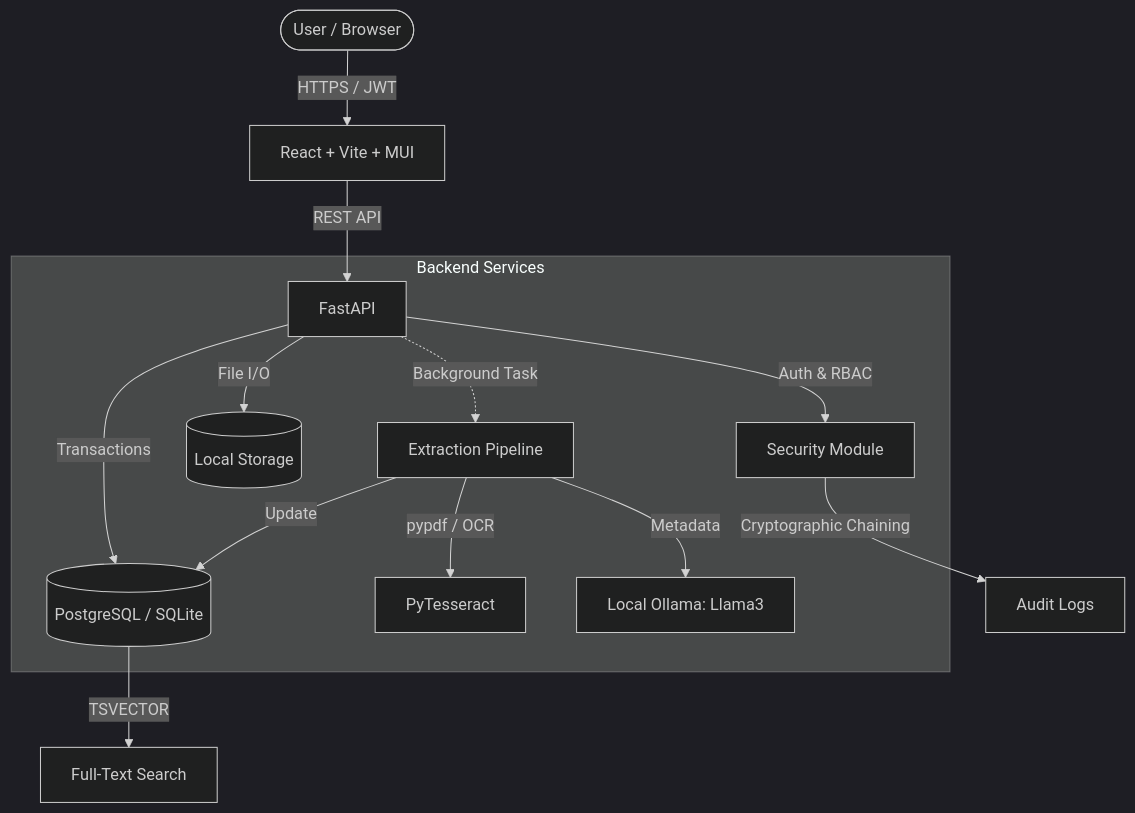
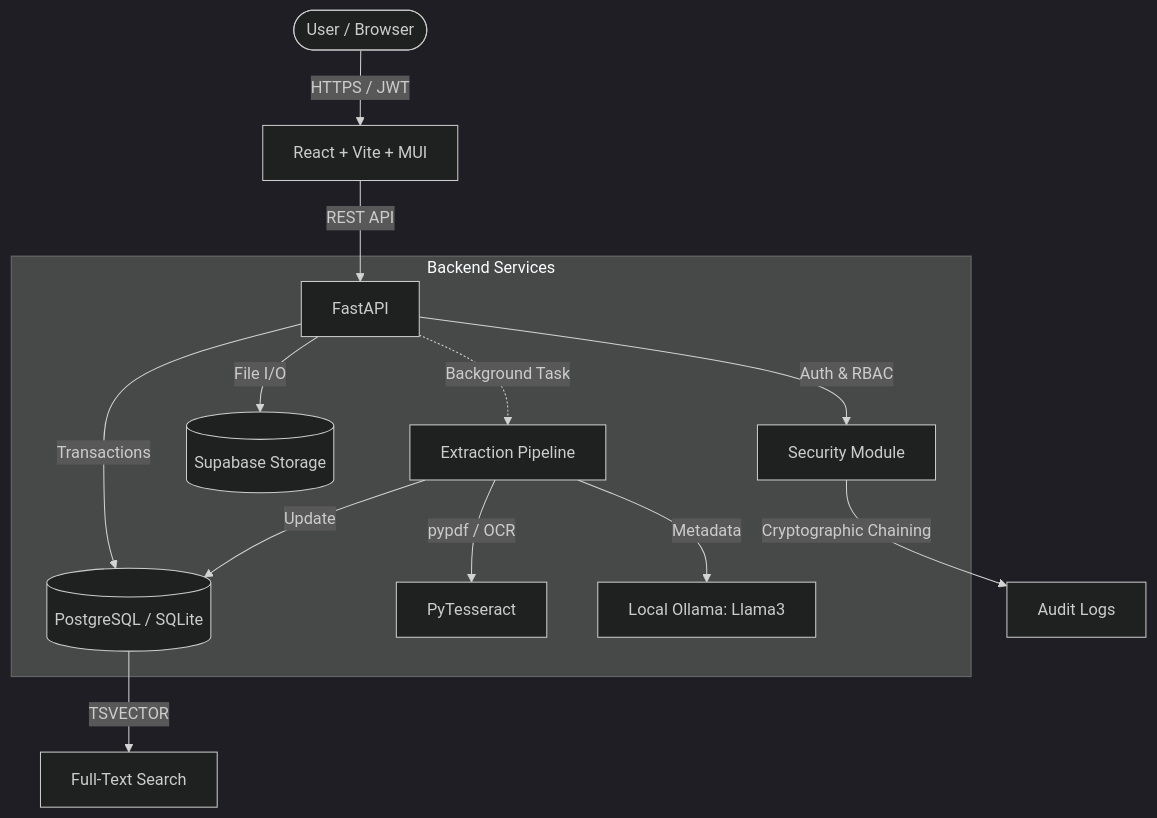
The third of 3 diagrams in README.md (Prabhanshu2025B0384/SDMS), drawn with Mermaid (dark theme) before and after one commit. The commit also changed other lines of this file, not shown here.

````diff
--- a/README.md
+++ b/README.md
@@ -162,19 +168,19 @@
 ```mermaid
 graph TD
     User([User / Browser]) -->|HTTPS / JWT| Frontend[React + Vite + MUI]
     Frontend -->|REST API| Backend[FastAPI]
     
     subgraph Backend Services
         Backend -->|Auth & RBAC| Auth[Security Module]
         Backend -->|Transactions| DB[(PostgreSQL / SQLite)]
-        Backend -->|File I/O| Disk[(Local Storage)]
+        Backend -->|File I/O| Disk[(Supabase Storage)]
         
         Backend -.->|Background Task| Pipeline[Extraction Pipeline]
         Pipeline -->|pypdf / OCR| PDF[PyTesseract]
         Pipeline -->|Metadata| AI[Local Ollama: Llama3]
         Pipeline -->|Update| DB
     end
     
     DB -->|TSVECTOR| Search[Full-Text Search]
     Auth -->|Cryptographic Chaining| Audit[Audit Logs]
 ```
````
